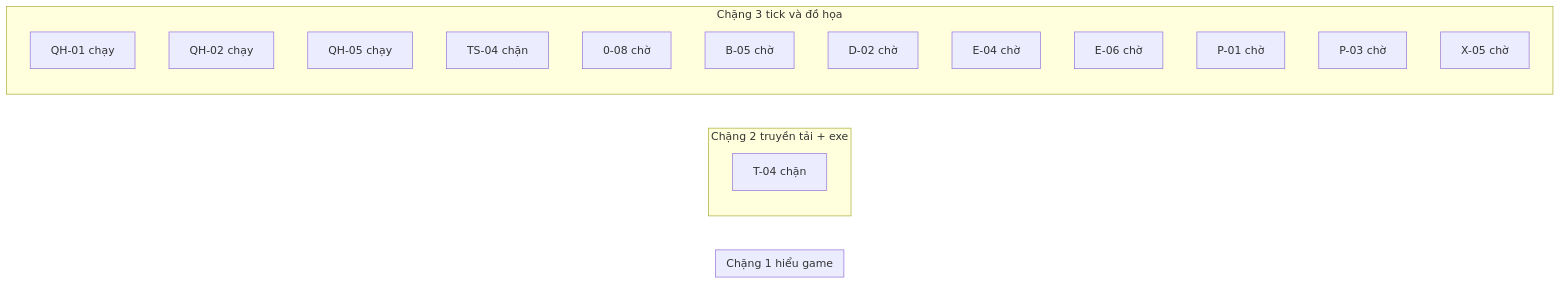
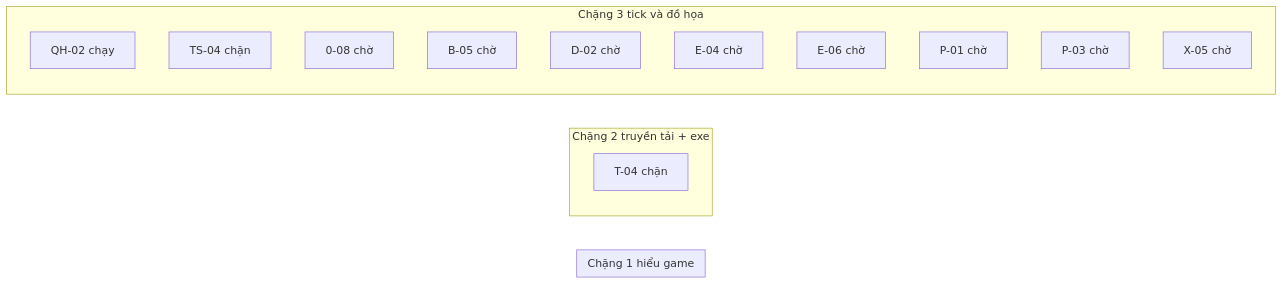
One commit to ndtangoss-dev/jx1-reports changed the diagram in JX1_OPS/STATE/TIEN-DO.md. Above: the diagram before and after it, drawn with Mermaid. The commit also changed other lines of this file and 4 other files, not shown here.

````diff
--- a/JX1_OPS/STATE/TIEN-DO.md
+++ b/JX1_OPS/STATE/TIEN-DO.md
@@ -9,22 +9,20 @@
 ```mermaid
 flowchart LR
   subgraph S1["Chặng 1 hiểu game"]
   end
   subgraph S2["Chặng 2 truyền tải + exe"]
     T_04["T-04 chặn"]
   end
   subgraph S3["Chặng 3 tick và đồ họa"]
-    QH_01["QH-01 chạy"]
     QH_02["QH-02 chạy"]
-    QH_05["QH-05 chạy"]
     TS_04["TS-04 chặn"]
     0_08["0-08 chờ"]
     B_05["B-05 chờ"]
     D_02["D-02 chờ"]
     E_04["E-04 chờ"]
     E_06["E-06 chờ"]
     P_01["P-01 chờ"]
     P_03["P-03 chờ"]
     X_05["X-05 chờ"]
   end
 ```
````
